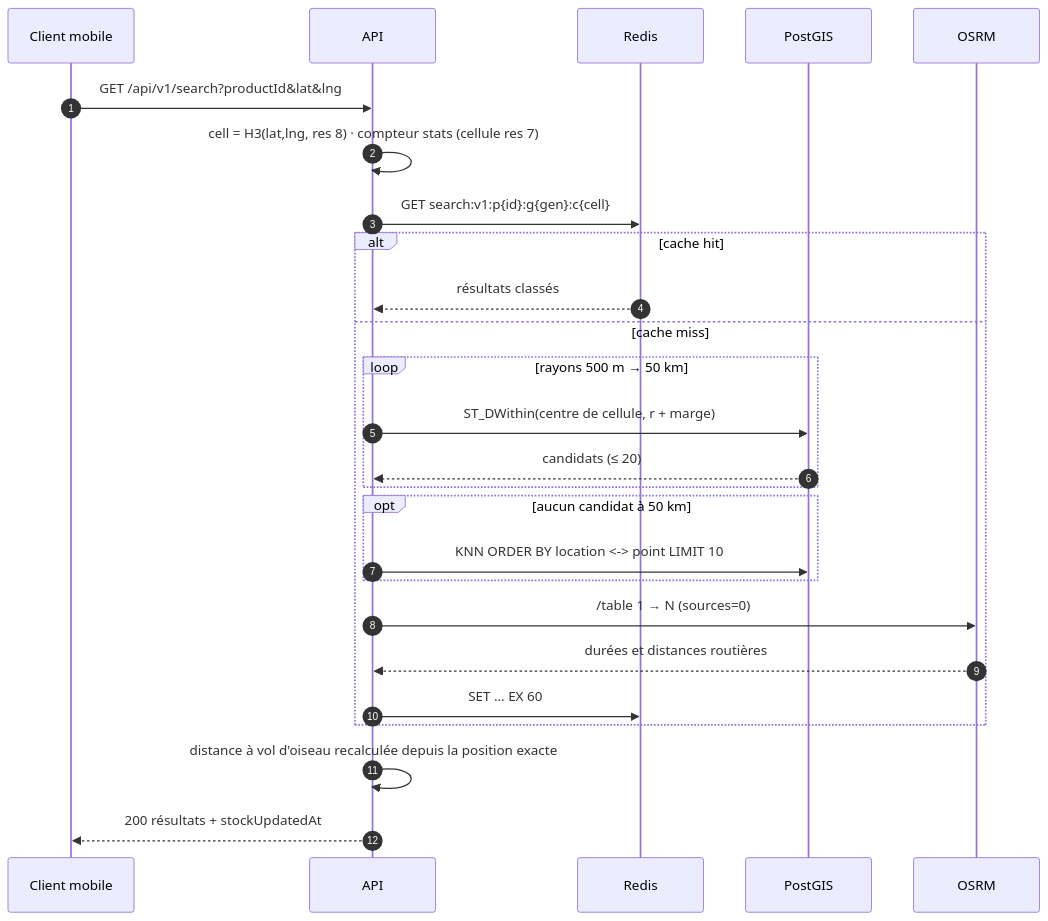
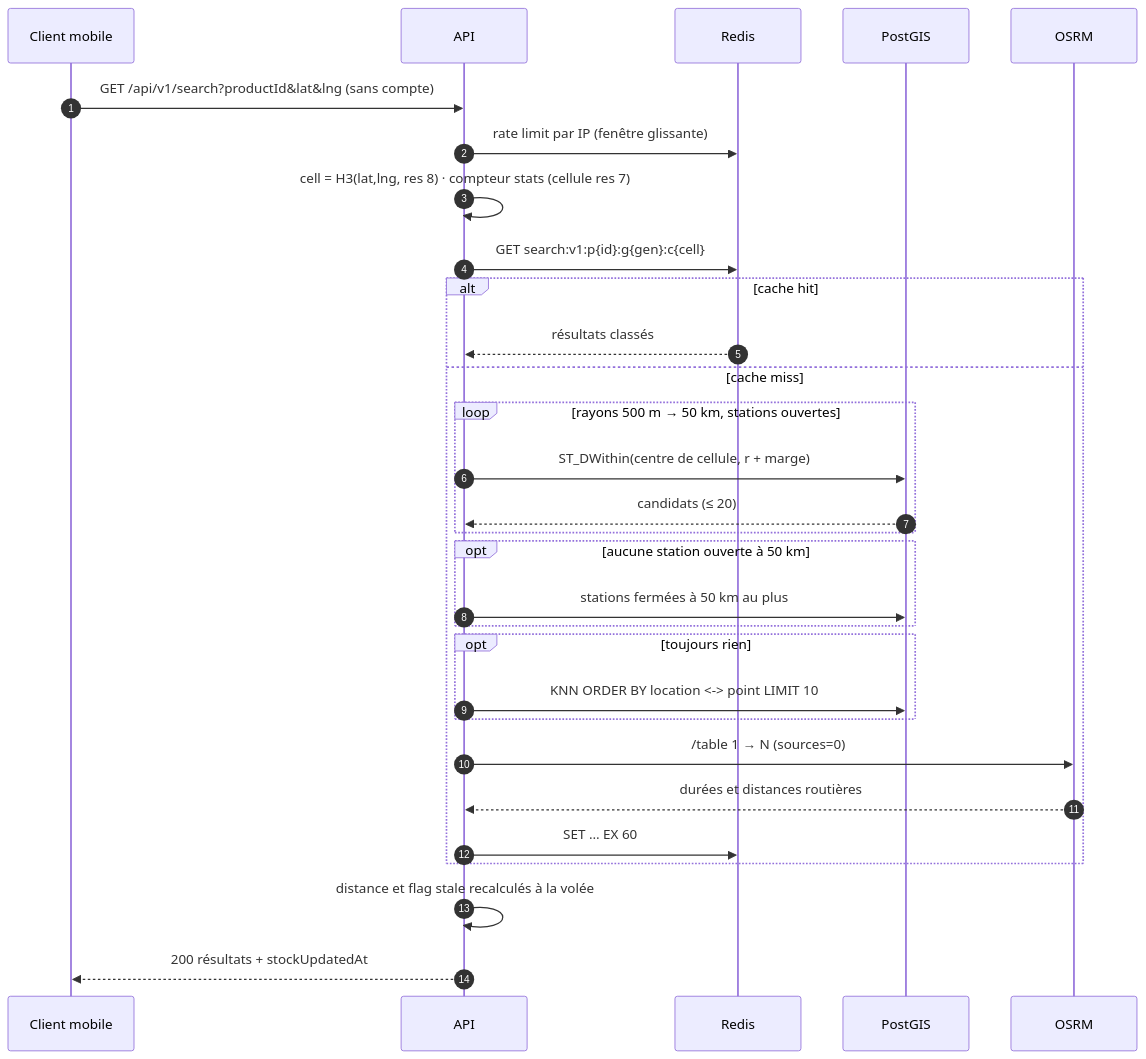
Before and after one commit to Hen17Ry/gostation: the third of 3 diagrams in docs/ARCHITECTURE.md, drawn with Mermaid. The commit also changed other lines of this file and 64 other files, not shown here.

````diff
--- a/docs/ARCHITECTURE.md
+++ b/docs/ARCHITECTURE.md
@@ -360,28 +396,32 @@
 ```mermaid
 sequenceDiagram
   autonumber
   participant C as Client mobile
   participant A as API
   participant R as Redis
   participant P as PostGIS
   participant O as OSRM
-  C->>A: GET /api/v1/search?productId&lat&lng
+  C->>A: GET /api/v1/search?productId&lat&lng (sans compte)
+  A->>R: rate limit par IP (fenêtre glissante)
   A->>A: cell = H3(lat,lng, res 8) · compteur stats (cellule res 7)
   A->>R: GET search:v1:p{id}:g{gen}:c{cell}
   alt cache hit
     R-->>A: résultats classés
   else cache miss
-    loop rayons 500 m → 50 km
+    loop rayons 500 m → 50 km, stations ouvertes
       A->>P: ST_DWithin(centre de cellule, r + marge)
       P-->>A: candidats (≤ 20)
     end
-    opt aucun candidat à 50 km
+    opt aucune station ouverte à 50 km
+      A->>P: stations fermées à 50 km au plus
+    end
+    opt toujours rien
       A->>P: KNN ORDER BY location <-> point LIMIT 10
     end
     A->>O: /table 1 → N (sources=0)
     O-->>A: durées et distances routières
     A->>R: SET … EX 60
   end
-  A->>A: distance à vol d'oiseau recalculée depuis la position exacte
+  A->>A: distance et flag stale recalculés à la volée
   A-->>C: 200 résultats + stockUpdatedAt
 ```
````
